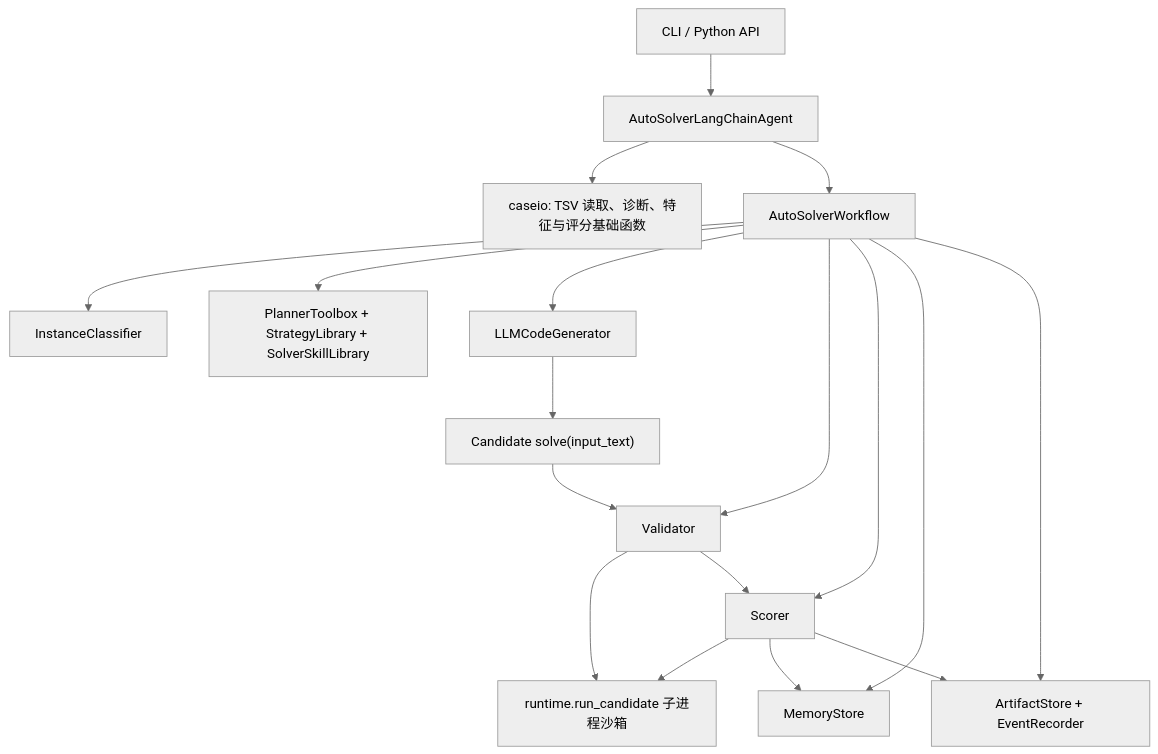
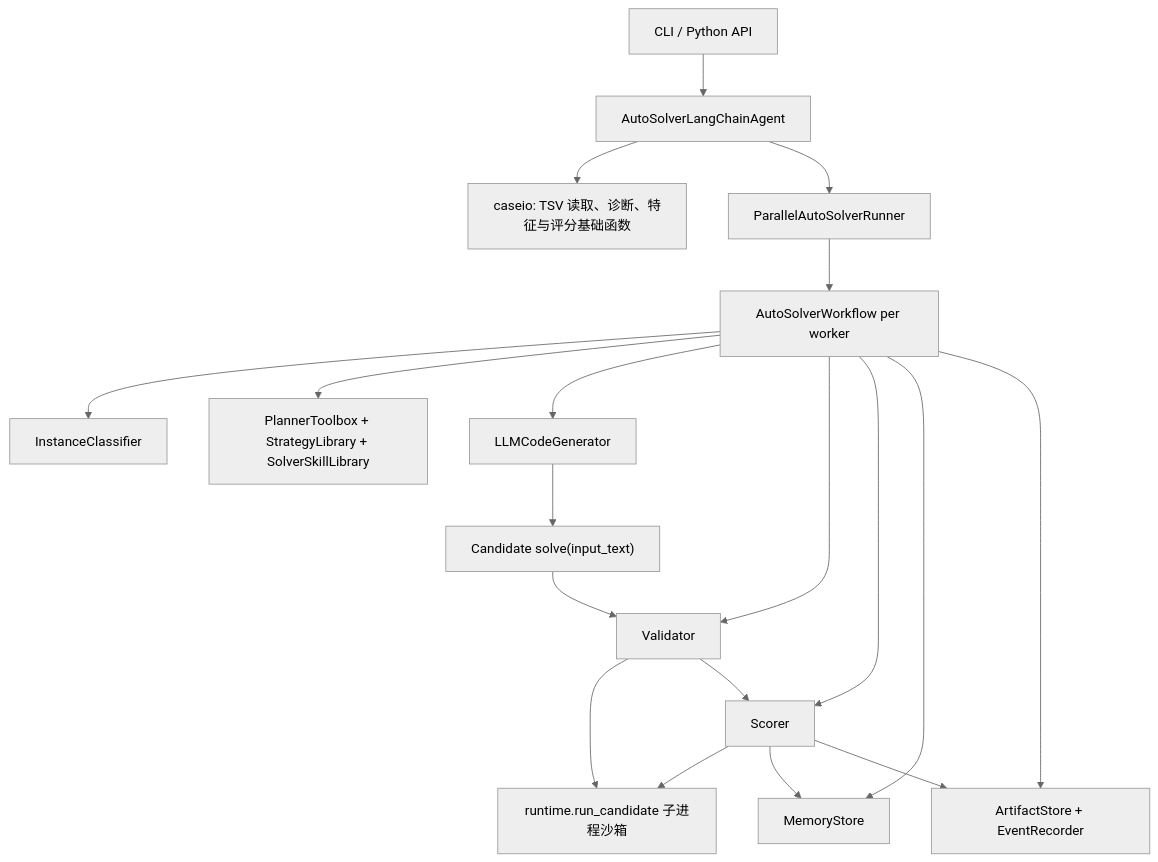
One commit to ling101w/AutoSolver changed the first of 2 diagrams in README_langchain_agent.md. Above: the diagram before and after it, drawn with Mermaid (neutral theme). The commit also changed other lines of this file and 18 other files, not shown here.

````diff
--- a/README_langchain_agent.md
+++ b/README_langchain_agent.md
@@ -23,20 +24,21 @@
 ```mermaid
 flowchart TB
   CLI["CLI / Python API"] --> Agent["AutoSolverLangChainAgent"]
   Agent --> CaseIO["caseio: TSV 读取、诊断、特征与评分基础函数"]
-  Agent --> Workflow["AutoSolverWorkflow"]
+  Agent --> Parallel["ParallelAutoSolverRunner"]
+  Parallel --> Workflow["AutoSolverWorkflow per worker"]
   Workflow --> Classifier["InstanceClassifier"]
   Workflow --> Planner["PlannerToolbox + StrategyLibrary + SolverSkillLibrary"]
   Workflow --> LLM["LLMCodeGenerator"]
   Workflow --> Validator["Validator"]
   Workflow --> Scorer["Scorer"]
   Workflow --> Memory["MemoryStore"]
   Workflow --> Artifacts["ArtifactStore + EventRecorder"]
   Validator --> Runtime["runtime.run_candidate 子进程沙箱"]
   Scorer --> Runtime
   LLM --> Candidate["Candidate solve(input_text)"]
   Candidate --> Validator
   Validator --> Scorer
   Scorer --> Memory
   Scorer --> Artifacts
 ```
````
